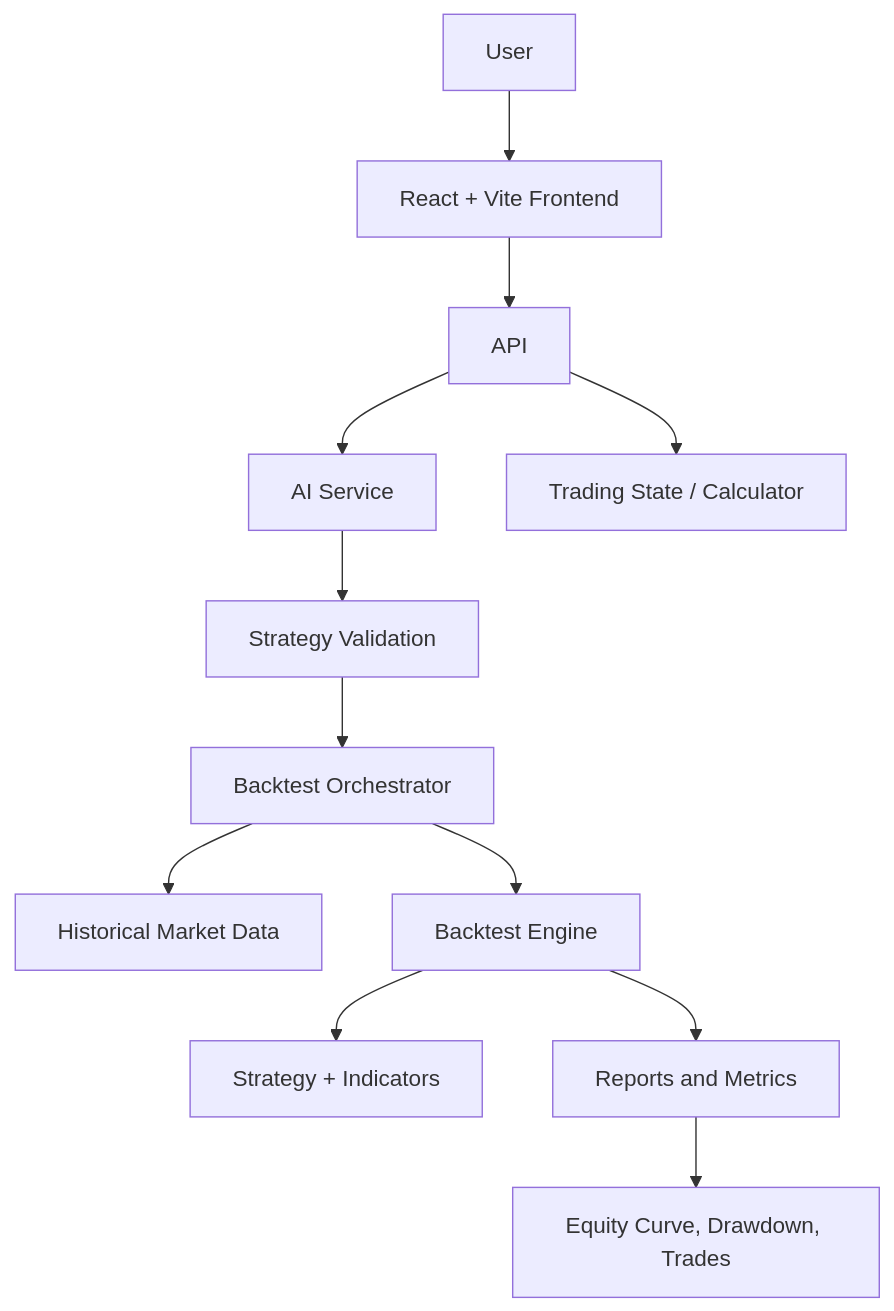
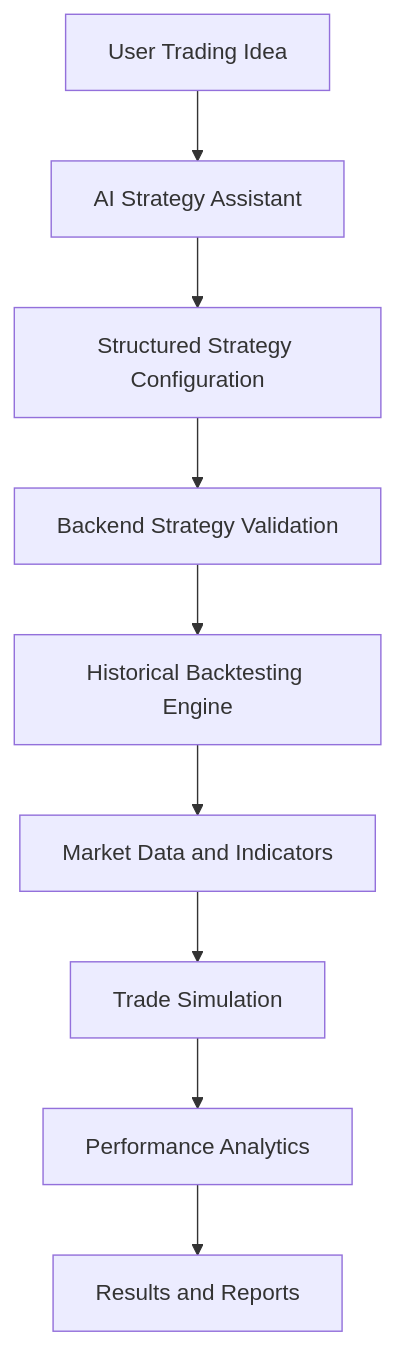
One commit to ArpitRajChoudhary/TradeSim_Beta changed the diagram in README.md. Above: the diagram before and after it, drawn with Mermaid. The commit also changed other lines of this file, not shown here.

````diff
--- a/README.md
+++ b/README.md
@@ -9,14 +48,11 @@
 ```mermaid
 flowchart TD
-    U[User] --> F[React + Vite Frontend]
-    F --> A[API]
-    A --> AI[AI Service]
-    AI --> V[Strategy Validation]
-    V --> B[Backtest Orchestrator]
-    B --> D[Historical Market Data]
-    B --> E[Backtest Engine]
-    E --> S[Strategy + Indicators]
-    E --> R[Reports and Metrics]
-    A --> T[Trading State / Calculator]
-    R --> O[Equity Curve, Drawdown, Trades]
+    A[User Trading Idea] --> B[AI Strategy Assistant]
+    B --> C[Structured Strategy Configuration]
+    C --> D[Backend Strategy Validation]
+    D --> E[Historical Backtesting Engine]
+    E --> F[Market Data and Indicators]
+    F --> G[Trade Simulation]
+    G --> H[Performance Analytics]
+    H --> I[Results and Reports]
 ```
````
